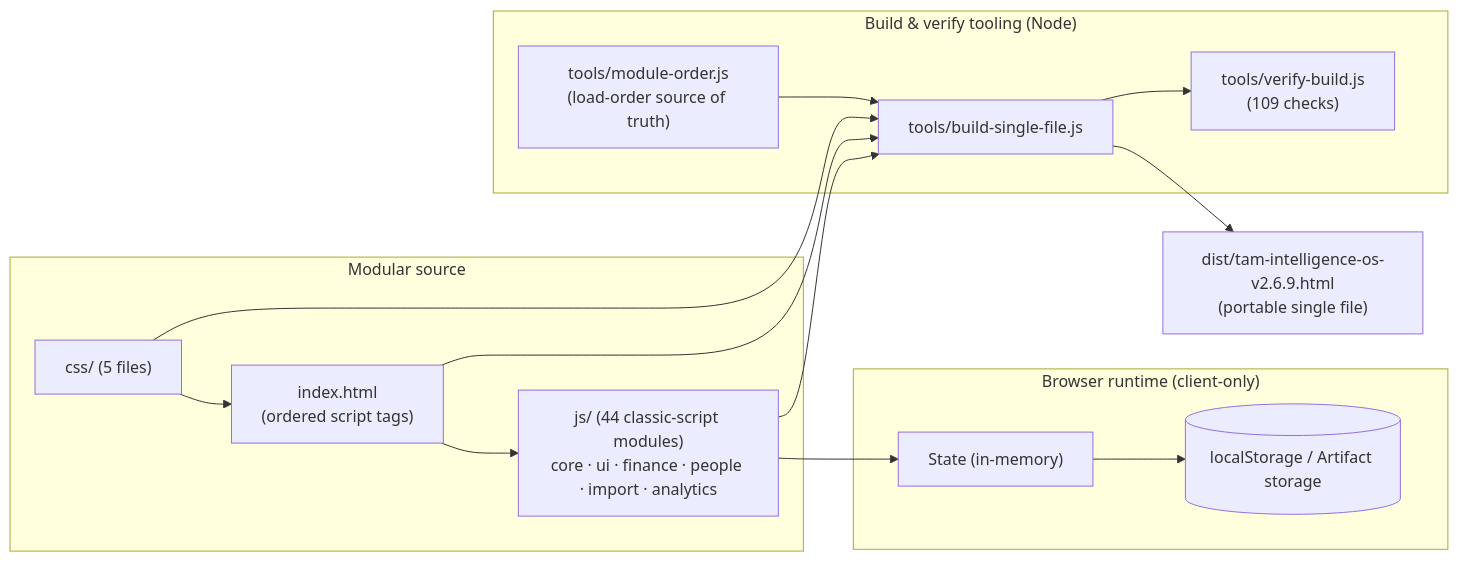
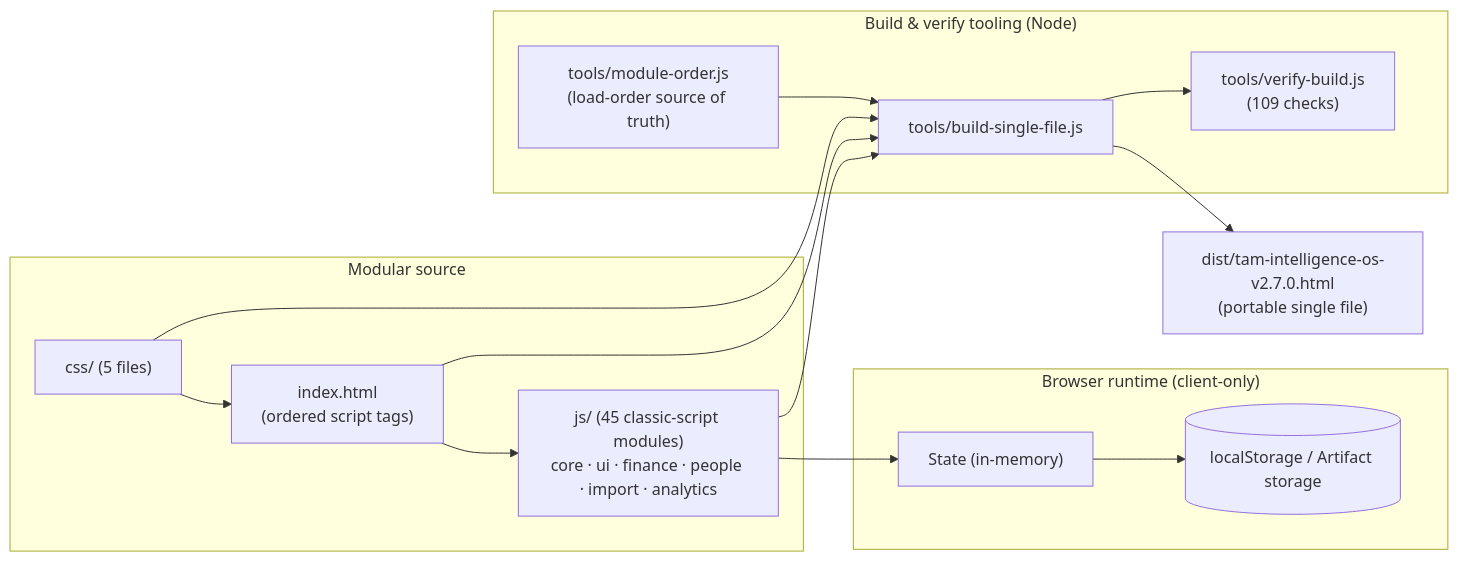
Before and after one commit to fanoryu/TAM-Intelligence-OS: the first of 2 diagrams in README.md, drawn with Mermaid. The commit also changed other lines of this file and 21 other files, not shown here.

````diff
--- a/README.md
+++ b/README.md
@@ -133,27 +135,27 @@
 ```mermaid
 flowchart LR
   subgraph Source["Modular source"]
     IDX["index.html<br/>(ordered script tags)"]
     CSS["css/ (5 files)"]
-    JS["js/ (44 classic-script modules)<br/>core · ui · finance · people · import · analytics"]
+    JS["js/ (45 classic-script modules)<br/>core · ui · finance · people · import · analytics"]
   end
   subgraph Runtime["Browser runtime (client-only)"]
     STATE["State (in-memory)"]
     LS[("localStorage / Artifact storage")]
   end
   subgraph Build["Build & verify tooling (Node)"]
     ORDER["tools/module-order.js<br/>(load-order source of truth)"]
     BUILD["tools/build-single-file.js"]
     VERIFY["tools/verify-build.js<br/>(109 checks)"]
   end
-  DIST["dist/tam-intelligence-os-v2.6.9.html<br/>(portable single file)"]
+  DIST["dist/tam-intelligence-os-v2.7.0.html<br/>(portable single file)"]
 
   IDX --> JS --> STATE --> LS
   CSS --> IDX
   ORDER --> BUILD
   IDX --> BUILD
   CSS --> BUILD
   JS --> BUILD
   BUILD --> DIST
   BUILD --> VERIFY
 ```
````
